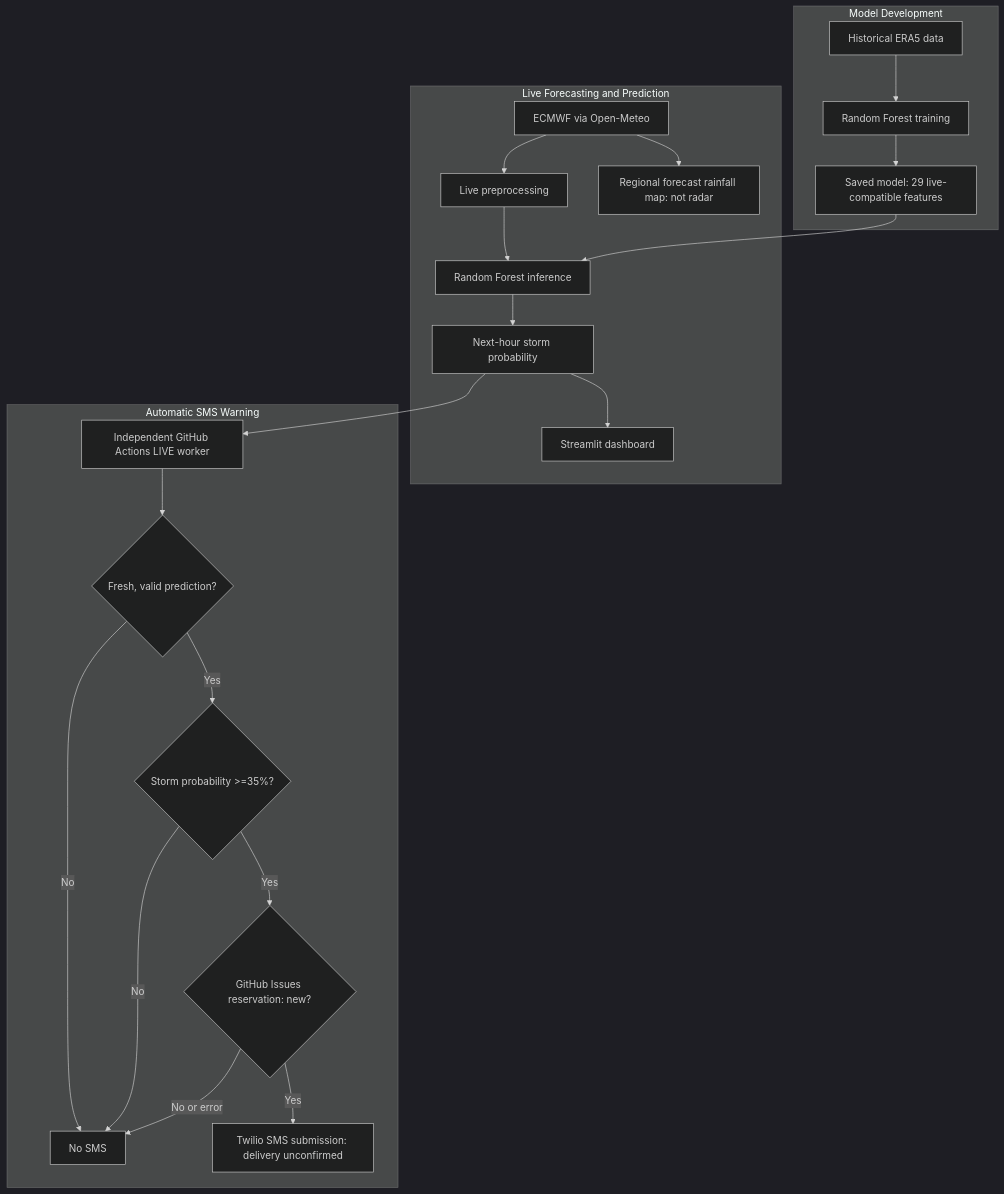
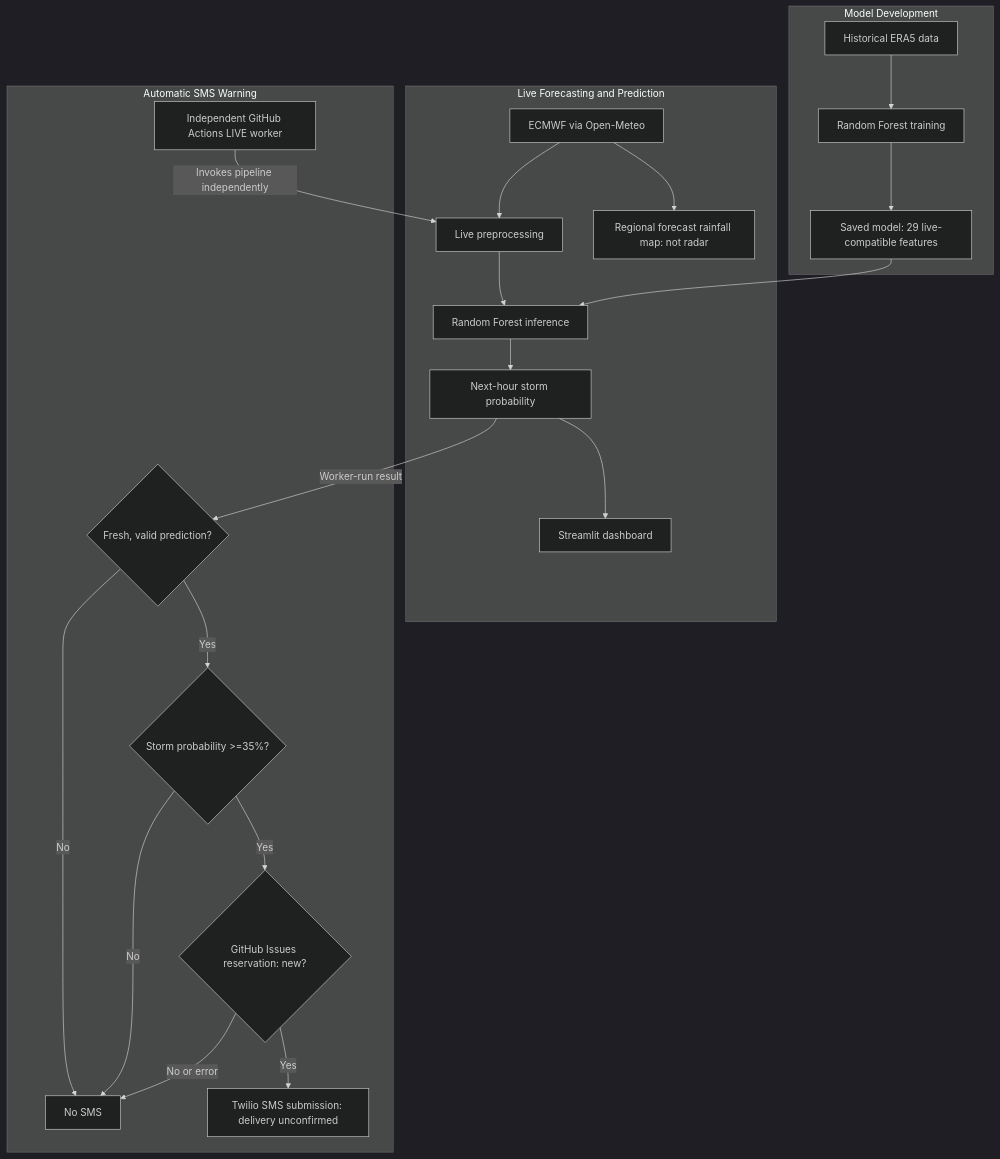
The diagram in README.md (mdvar2/matatiele-storm-early-warning-system), drawn with Mermaid (dark theme) before and after one commit.

Commit message:
Improve README architecture diagram readability

````diff
--- a/README.md
+++ b/README.md
@@ -32,27 +32,29 @@
 ```mermaid
 flowchart TB
     subgraph Development["Model Development"]
         ERA5["Historical ERA5 data"] --> TRAIN["Random Forest training"]
         TRAIN --> MODEL["Saved model: 29 live-compatible features"]
     end
 
     subgraph Forecasting["Live Forecasting and Prediction"]
         ECMWF["ECMWF via Open-Meteo"] --> PREP["Live preprocessing"]
         PREP --> RF["Random Forest inference"]
         RF --> PROB["Next-hour storm probability"]
         PROB --> DASH["Streamlit dashboard"]
         ECMWF --> MAP["Regional forecast rainfall map: not radar"]
     end
     MODEL --> RF
 
     subgraph SMS["Automatic SMS Warning"]
-        WORKER["Independent GitHub Actions LIVE worker"] --> VALID{"Fresh, valid prediction?"}
+        WORKER["Independent GitHub Actions LIVE worker"]
+        VALID{"Fresh, valid prediction?"}
         VALID -->|Yes| THRESHOLD{"Storm probability >=35%?"}
         VALID -->|No| NONE["No SMS"]
         THRESHOLD -->|No| NONE
         THRESHOLD -->|Yes| RESERVE{"GitHub Issues reservation: new?"}
         RESERVE -->|No or error| NONE
         RESERVE -->|Yes| TWILIO["Twilio SMS submission: delivery unconfirmed"]
     end
-    PROB --> WORKER
+    WORKER -->|Invokes pipeline independently| PREP
+    PROB -->|Worker-run result| VALID
 ```
````
